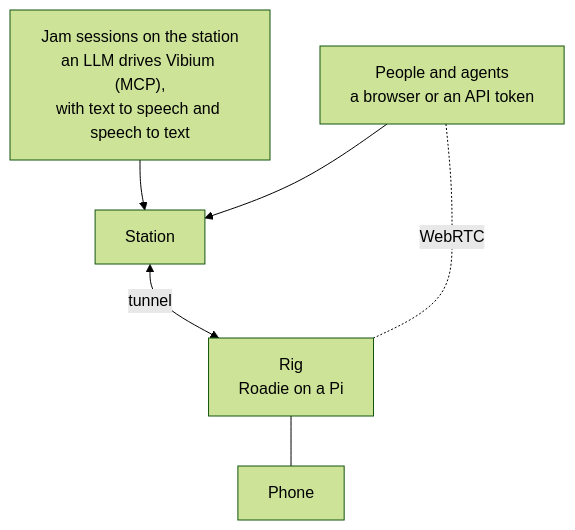
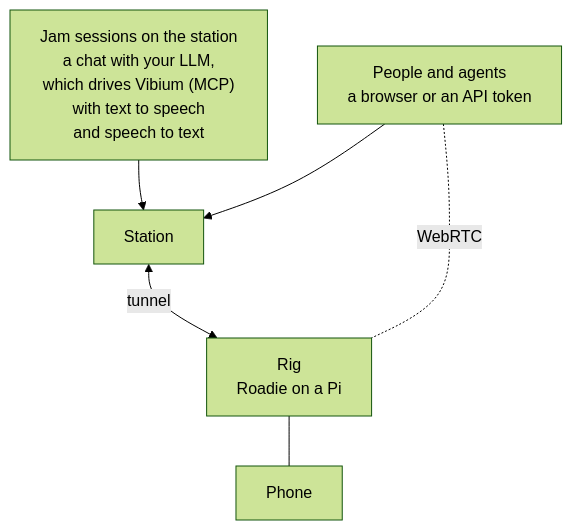
Before and after one commit to VibiumDev/station: the diagram in README.md, drawn with Mermaid (forest theme). The commit also changed other lines of this file, not shown here.

Commit message:
README: jam sessions are chats with an LLM you set up

````diff
--- a/README.md
+++ b/README.md
@@ -12,14 +12,14 @@
 ```mermaid
 flowchart TB
-    J["Jam sessions on the station<br/>an LLM drives Vibium (MCP),<br/>with text to speech and speech to text"]
+    J["Jam sessions on the station<br/>a chat with your LLM,<br/>which drives Vibium (MCP)<br/>with text to speech<br/>and speech to text"]
     C["People and agents<br/>a browser or an API token"]
     S["Station"]
     R["Rig<br/>Roadie on a Pi"]
     D["Phone"]
 
     J --> S
     C --> S
     S <-- "tunnel" --> R
     R --- D
     C -. "WebRTC" .- R
 ```
````
